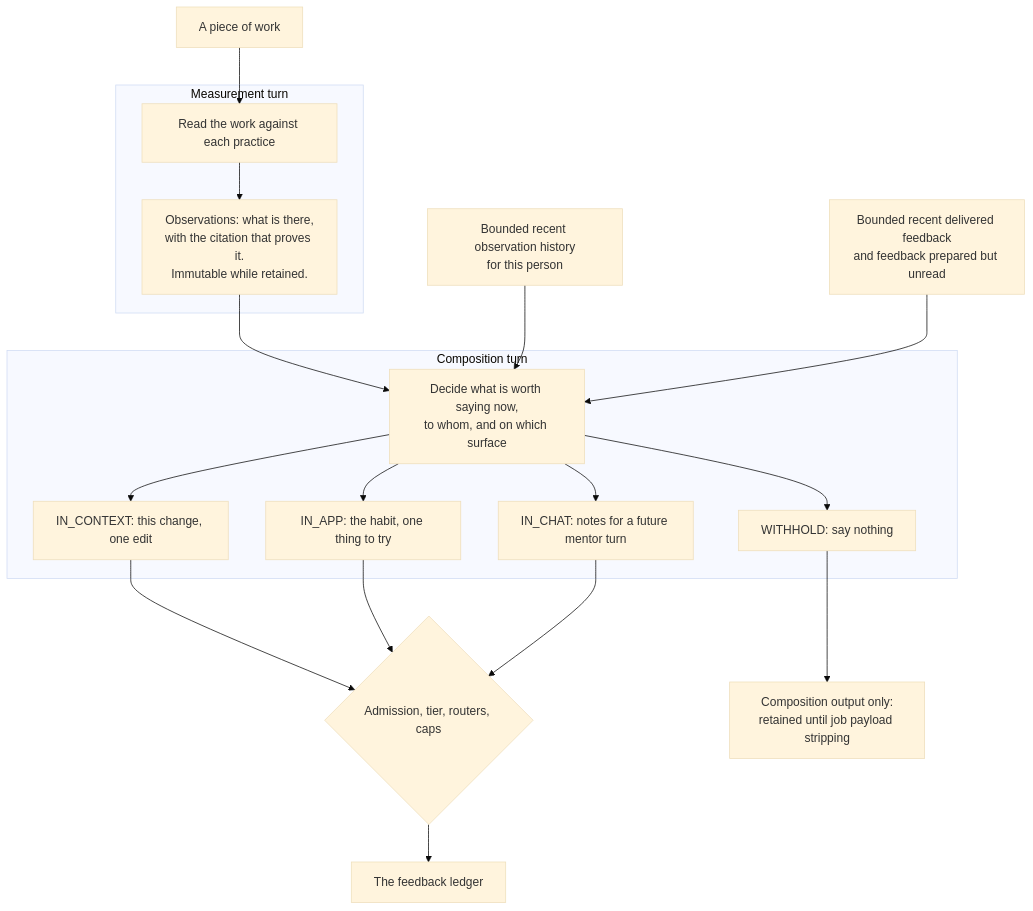
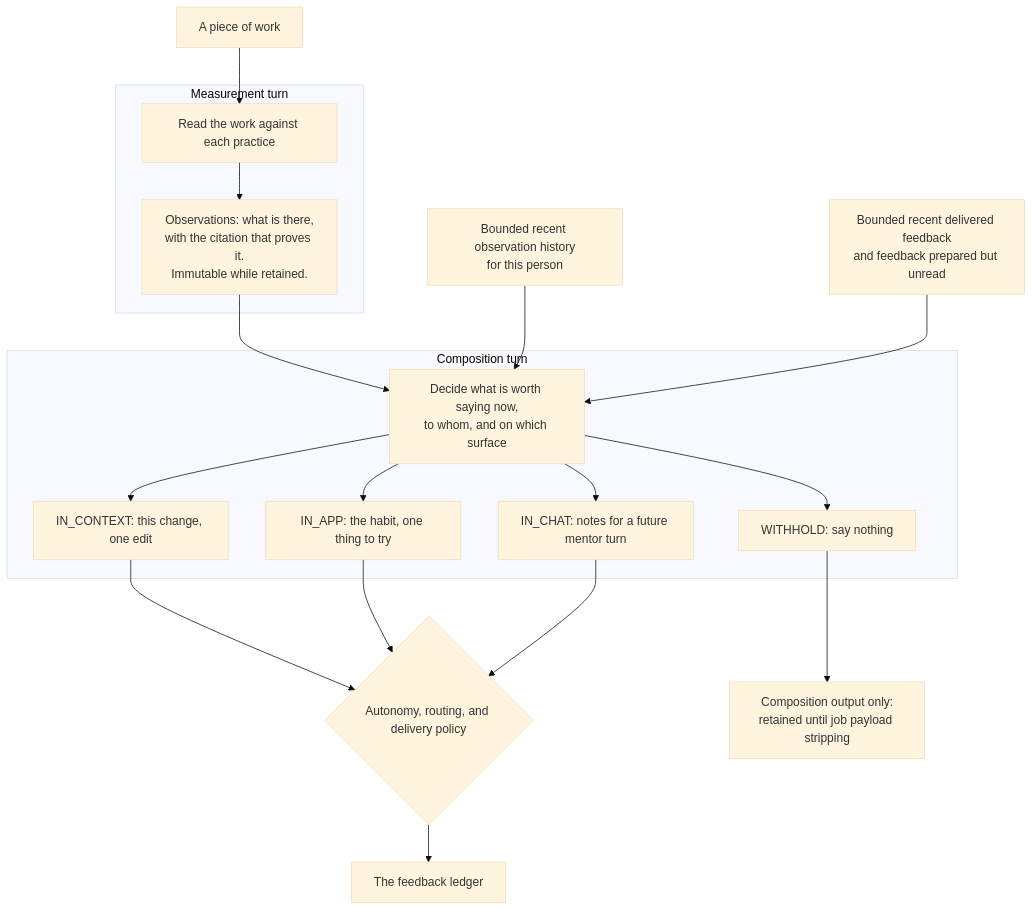
The second of 2 diagrams in docs/contributor/practice-review-pipeline.mdx (ls1intum/Hephaestus), drawn with Mermaid (base theme) before and after one commit. The commit also changed other lines of this file and 6 other files, not shown here.

````diff
--- a/docs/contributor/practice-review-pipeline.mdx
+++ b/docs/contributor/practice-review-pipeline.mdx
@@ -150,29 +150,29 @@
 ```mermaid
 flowchart TB
     accTitle: Measurement and feedback composition are separate turns
     accDescr: A measurement turn creates grounded observations. A composition turn combines admitted observations with bounded history and proposes feedback for three channels or withholds it.
     work["A piece of work"] --> measure
 
     subgraph measurementTurn["Measurement turn"]
         measure["Read the work against each practice"]
         measure --> obs["Observations: what is there,<br/>with the citation that proves it.<br/>Immutable while retained."]
     end
 
     obs --> compose
     record["Bounded recent observation history<br/>for this person"] --> compose
     said["Bounded recent delivered feedback<br/>and feedback prepared but unread"] --> compose
 
     subgraph compositionTurn["Composition turn"]
         compose["Decide what is worth saying now,<br/>to whom, and on which surface"]
         compose --> incontext["IN_CONTEXT: this change, one edit"]
         compose --> page["IN_APP: the habit, one thing to try"]
         compose --> chat["IN_CHAT: notes for a future mentor turn"]
         compose --> quiet["WITHHOLD: say nothing"]
     end
 
-    incontext --> gate{"Admission, tier, routers, caps"}
+    incontext --> gate{"Autonomy, routing, and delivery policy"}
     page --> gate
     chat --> gate
     gate --> ledger["The feedback ledger"]
     quiet --> compositionResult["Composition output only:<br/>retained until job payload stripping"]
 ```
````
